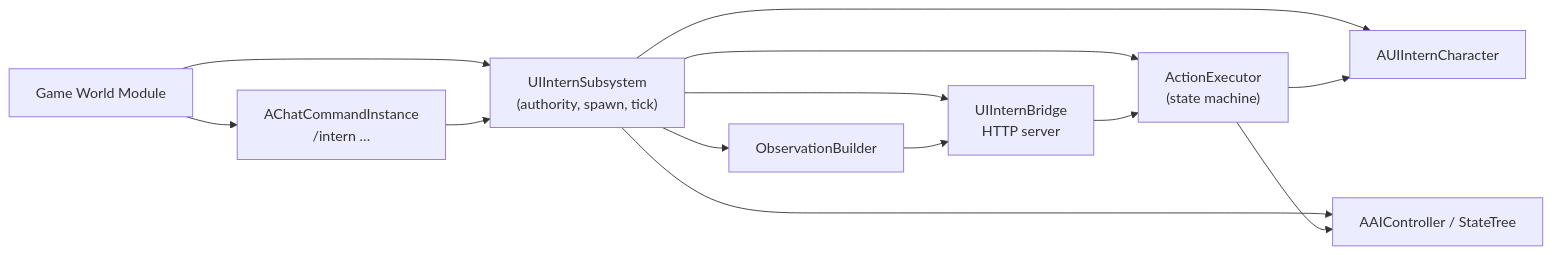
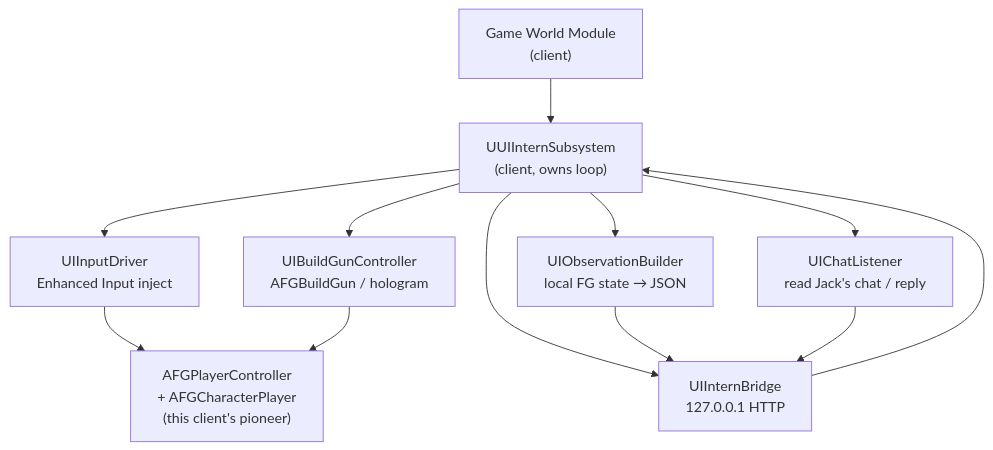
One commit to Jack-Reason/unpaid-intern changed the second of 5 diagrams in docs/ARCHITECTURE.md. Above: the diagram before and after it, drawn with Mermaid. The commit also changed other lines of this file and 26 other files, not shown here.

First line of the commit message:
feat(adr-0006): second licence + client-side driver mod

````diff
--- a/docs/ARCHITECTURE.md
+++ b/docs/ARCHITECTURE.md
@@ -67,15 +54,14 @@
 ```mermaid
-flowchart LR
-  GW["Game World Module"] --> Sub["UIInternSubsystem\n(authority, spawn, tick)"]
-  GW --> Cmd["AChatCommandInstance\n/intern …"]
-  Sub --> Pawn["AUIInternCharacter"]
-  Sub --> AIC["AAIController / StateTree"]
-  Sub --> Obs["ObservationBuilder"]
-  Sub --> Exec["ActionExecutor\n(state machine)"]
-  Sub --> Bridge["UIInternBridge\nHTTP server"]
-  Cmd --> Sub
+flowchart TB
+  GW["Game World Module\n(client)"] --> Sub["UUIInternSubsystem\n(client, owns loop)"]
+  Sub --> Inp["UIInputDriver\nEnhanced Input inject"]
+  Sub --> BG["UIBuildGunController\nAFGBuildGun / hologram"]
+  Sub --> Obs["UIObservationBuilder\nlocal FG state → JSON"]
+  Sub --> Chat["UIChatListener\nread Jack's chat / reply"]
+  Sub --> Bridge["UIInternBridge\n127.0.0.1 HTTP"]
+  Inp --> PC["AFGPlayerController\n+ AFGCharacterPlayer\n(this client's pioneer)"]
+  BG --> PC
   Obs --> Bridge
-  Bridge --> Exec
-  Exec --> AIC
-  Exec --> Pawn
+  Bridge --> Sub
+  Chat --> Bridge
 ```
````
